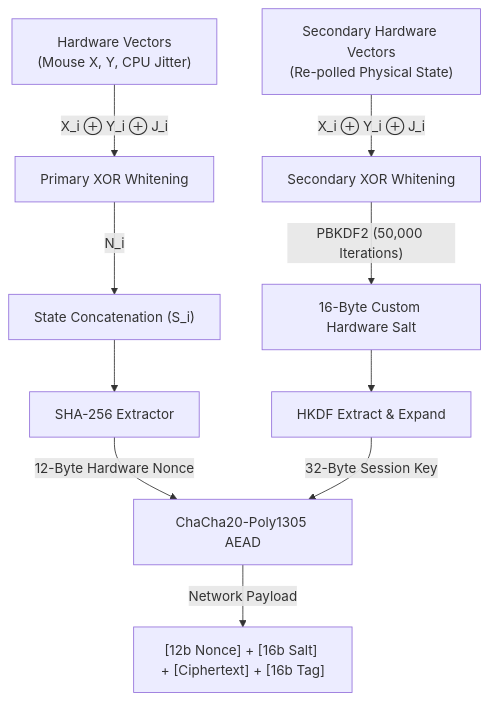
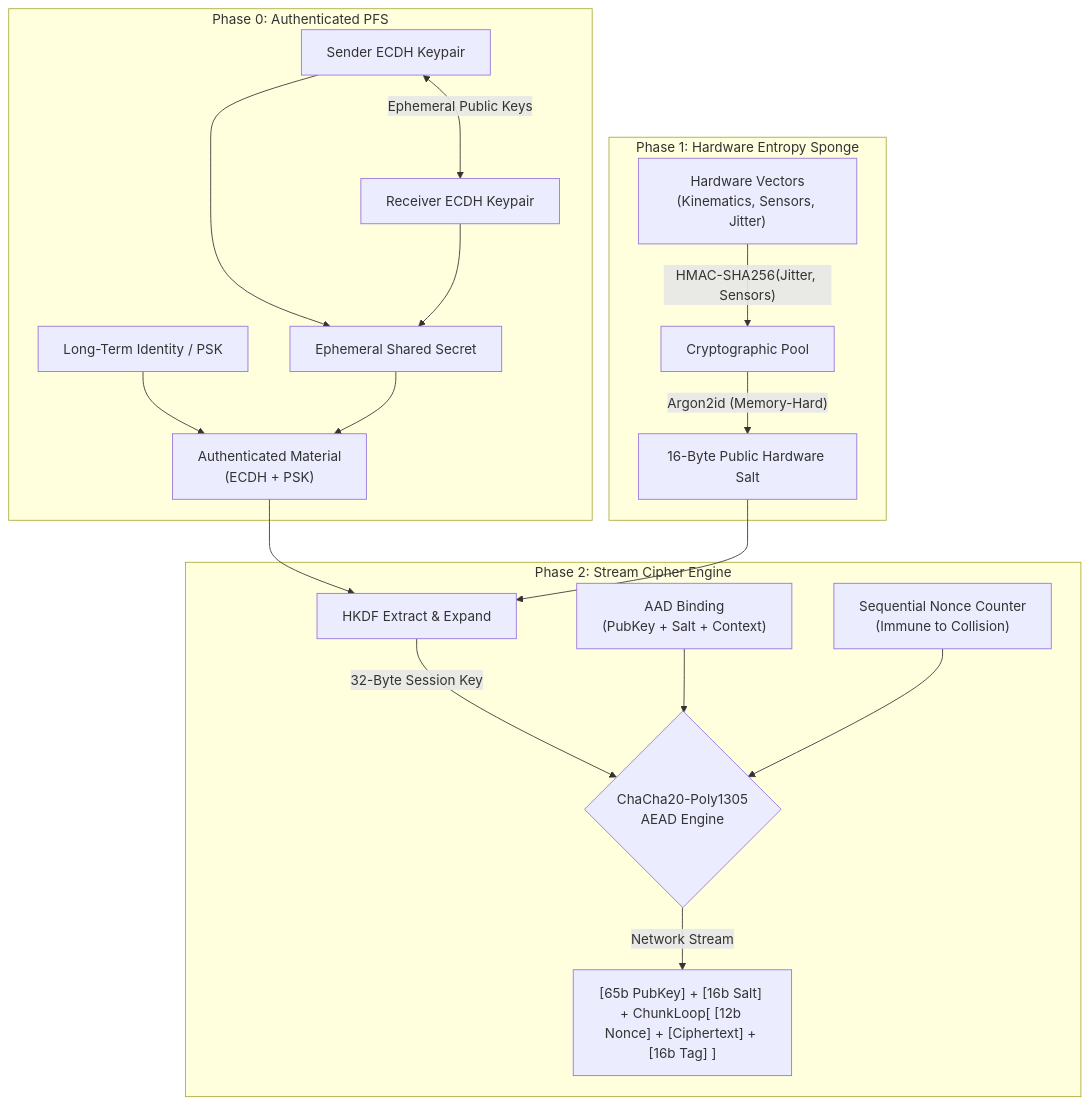
One commit to no-time/Local-CSPRNG-Entropy-Extractor changed the diagram in README.md. Above: the diagram before and after it, drawn with Mermaid. The commit also changed other lines of this file, not shown here.

````diff
--- a/README.md
+++ b/README.md
@@ -92,14 +91,25 @@
 ```mermaid
 flowchart TD
-    A["Hardware Vectors\n(Mouse X, Y, CPU Jitter)"] -->|"X_i ⊕ Y_i ⊕ J_i"| B["Primary XOR Whitening"]
-    B -->|"N_i"| C["State Concatenation (S_i)"]
-    C --> D["SHA-256 Extractor"]
-    D -->|"12-Byte Hardware Nonce"| E["ChaCha20-Poly1305 AEAD"]
-    
-    A2["Secondary Hardware Vectors\n(Re-polled Physical State)"] -->|"X_i ⊕ Y_i ⊕ J_i"| B2["Secondary XOR Whitening"]
-    B2 -->|"PBKDF2 (50,000 Iterations)"| C2["16-Byte Custom Hardware Salt"]
-    C2 --> D2["HKDF Extract & Expand"]
-    D2 -->|"32-Byte Session Key"| E
-    
-    E -->|"Network Payload"| F["[12b Nonce] + [16b Salt] + [Ciphertext] + [16b Tag]"]
+    subgraph "Phase 0: Authenticated PFS"
+        S1["Sender ECDH Keypair"] <-->|Ephemeral Public Keys| R1["Receiver ECDH Keypair"]
+        S1 & R1 --> S2["Ephemeral Shared Secret"]
+        PSK["Long-Term Identity / PSK"] --> S3["Authenticated Material\n(ECDH + PSK)"]
+        S2 --> S3
+    end
+
+    subgraph "Phase 1: Hardware Entropy Sponge"
+        A["Hardware Vectors\n(Kinematics, Sensors, Jitter)"] -->|"HMAC-SHA256(Jitter, Sensors)"| B["Cryptographic Pool"]
+        B -->|"Argon2id (Memory-Hard)"| C["16-Byte Public Hardware Salt"]
+    end
+
+    subgraph "Phase 2: Stream Cipher Engine"
+        S3 --> D["HKDF Extract & Expand"]
+        C --> D
+        D -->|"32-Byte Session Key"| E{"ChaCha20-Poly1305\nAEAD Engine"}
+        
+        AAD["AAD Binding\n(PubKey + Salt + Context)"] --> E
+        Nonce["Sequential Nonce Counter\n(Immune to Collision)"] --> E
+        
+        E -->|"Network Stream"| F["[65b PubKey] + [16b Salt] + ChunkLoop[ [12b Nonce] + [Ciphertext] + [16b Tag] ]"]
+    end
 ```
````
